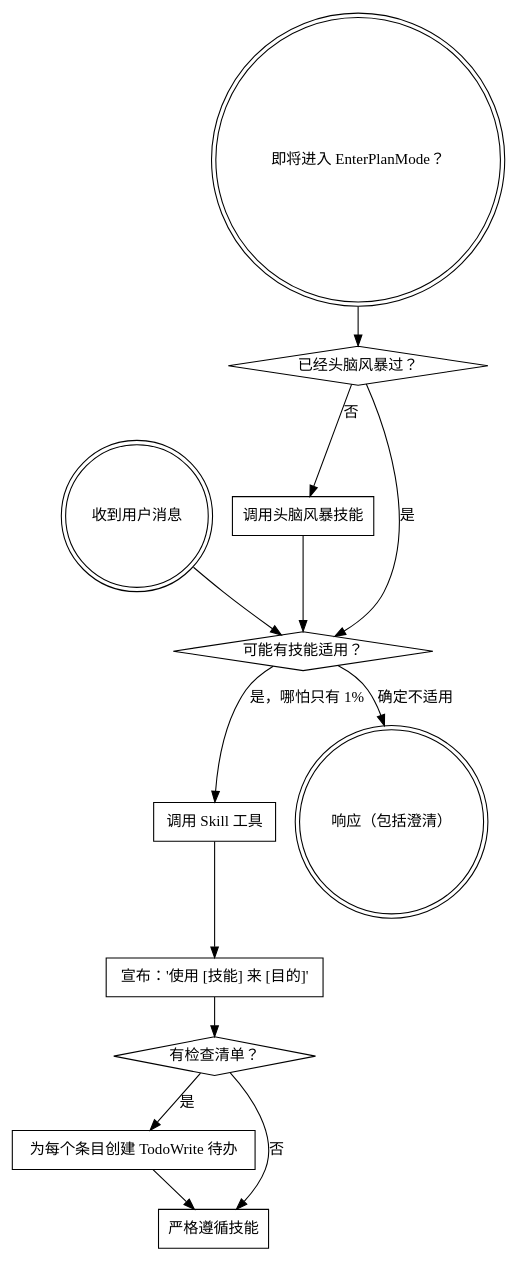
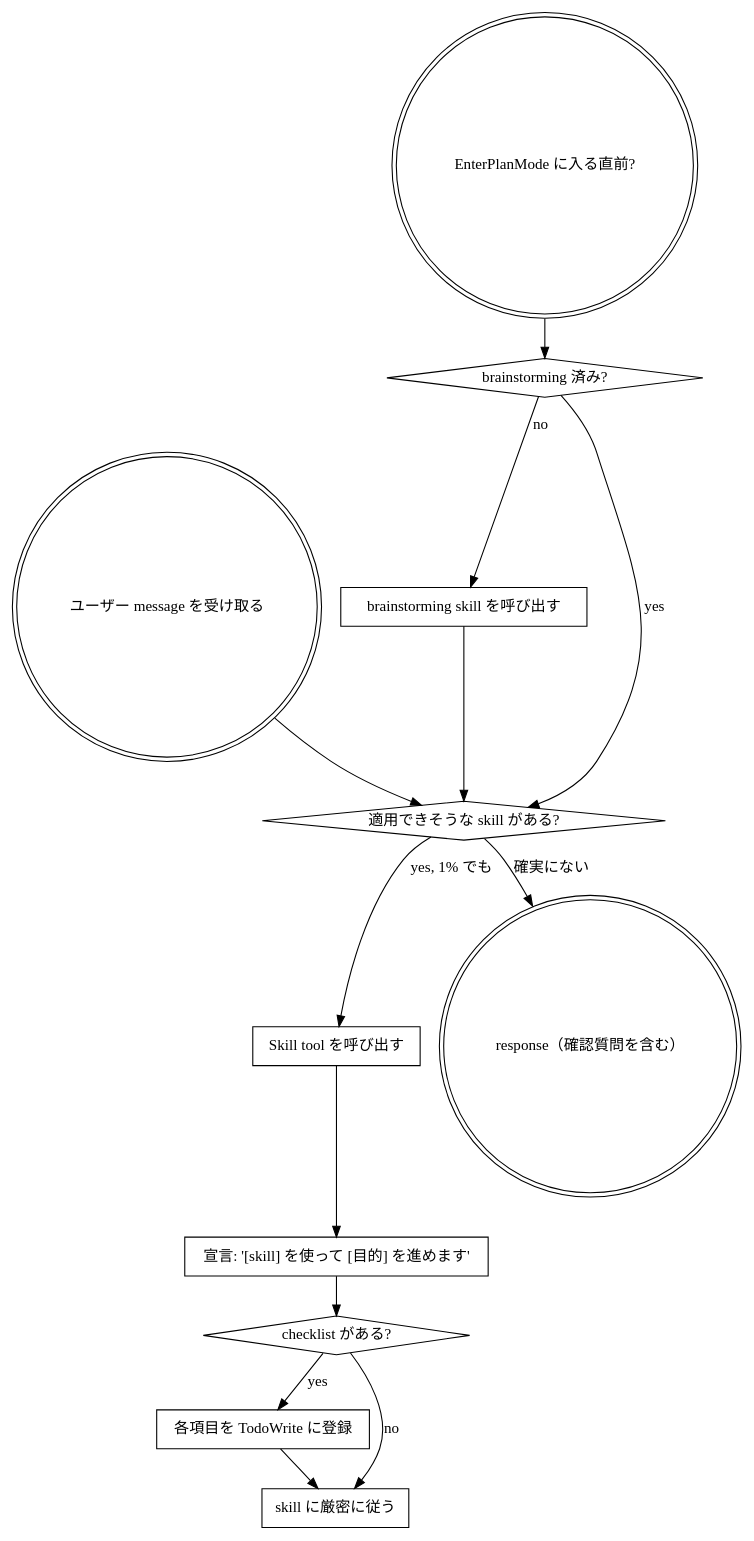
Before and after one commit to sscodeai/superpowers-ja: the diagram in skills/using-superpowers/SKILL.md, drawn with Graphviz. The commit also changed other lines of this file and 7 other files, not shown here.

````diff
--- a/skills/using-superpowers/SKILL.md
+++ b/skills/using-superpowers/SKILL.md
@@ -50,29 +55,29 @@
 ```dot
 digraph skill_flow {
-    "收到用户消息" [shape=doublecircle];
-    "即将进入 EnterPlanMode？" [shape=doublecircle];
-    "已经头脑风暴过？" [shape=diamond];
-    "调用头脑风暴技能" [shape=box];
-    "可能有技能适用？" [shape=diamond];
-    "调用 Skill 工具" [shape=box];
-    "宣布：'使用 [技能] 来 [目的]'" [shape=box];
-    "有检查清单？" [shape=diamond];
-    "为每个条目创建 TodoWrite 待办" [shape=box];
-    "严格遵循技能" [shape=box];
-    "响应（包括澄清）" [shape=doublecircle];
+    "ユーザー message を受け取る" [shape=doublecircle];
+    "EnterPlanMode に入る直前?" [shape=doublecircle];
+    "brainstorming 済み?" [shape=diamond];
+    "brainstorming skill を呼び出す" [shape=box];
+    "適用できそうな skill がある?" [shape=diamond];
+    "Skill tool を呼び出す" [shape=box];
+    "宣言: '[skill] を使って [目的] を進めます'" [shape=box];
+    "checklist がある?" [shape=diamond];
+    "各項目を TodoWrite に登録" [shape=box];
+    "skill に厳密に従う" [shape=box];
+    "response（確認質問を含む）" [shape=doublecircle];
 
-    "即将进入 EnterPlanMode？" -> "已经头脑风暴过？";
-    "已经头脑风暴过？" -> "调用头脑风暴技能" [label="否"];
-    "已经头脑风暴过？" -> "可能有技能适用？" [label="是"];
-    "调用头脑风暴技能" -> "可能有技能适用？";
+    "EnterPlanMode に入る直前?" -> "brainstorming 済み?";
+    "brainstorming 済み?" -> "brainstorming skill を呼び出す" [label="no"];
+    "brainstorming 済み?" -> "適用できそうな skill がある?" [label="yes"];
+    "brainstorming skill を呼び出す" -> "適用できそうな skill がある?";
 
-    "收到用户消息" -> "可能有技能适用？";
-    "可能有技能适用？" -> "调用 Skill 工具" [label="是，哪怕只有 1%"];
-    "可能有技能适用？" -> "响应（包括澄清）" [label="确定不适用"];
-    "调用 Skill 工具" -> "宣布：'使用 [技能] 来 [目的]'";
-    "宣布：'使用 [技能] 来 [目的]'" -> "有检查清单？";
-    "有检查清单？" -> "为每个条目创建 TodoWrite 待办" [label="是"];
-    "有检查清单？" -> "严格遵循技能" [label="否"];
-    "为每个条目创建 TodoWrite 待办" -> "严格遵循技能";
+    "ユーザー message を受け取る" -> "適用できそうな skill がある?";
+    "適用できそうな skill がある?" -> "Skill tool を呼び出す" [label="yes, 1% でも"];
+    "適用できそうな skill がある?" -> "response（確認質問を含む）" [label="確実にない"];
+    "Skill tool を呼び出す" -> "宣言: '[skill] を使って [目的] を進めます'";
+    "宣言: '[skill] を使って [目的] を進めます'" -> "checklist がある?";
+    "checklist がある?" -> "各項目を TodoWrite に登録" [label="yes"];
+    "checklist がある?" -> "skill に厳密に従う" [label="no"];
+    "各項目を TodoWrite に登録" -> "skill に厳密に従う";
 }
 ```
````
